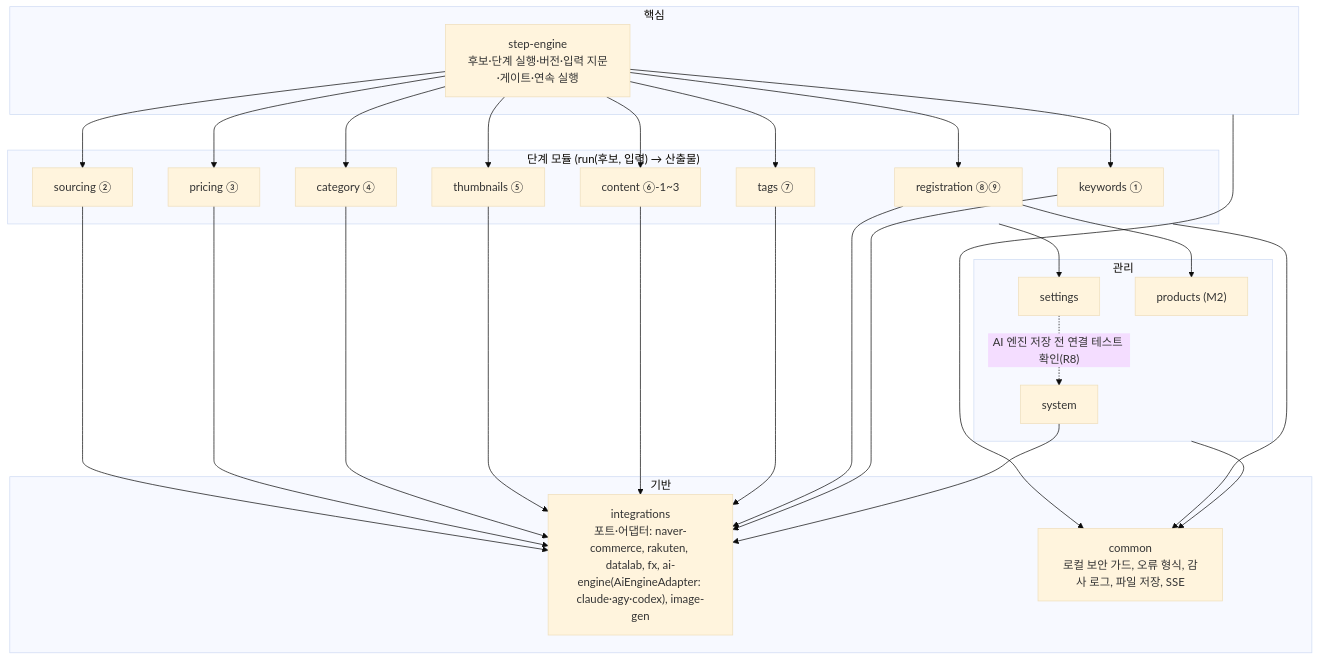
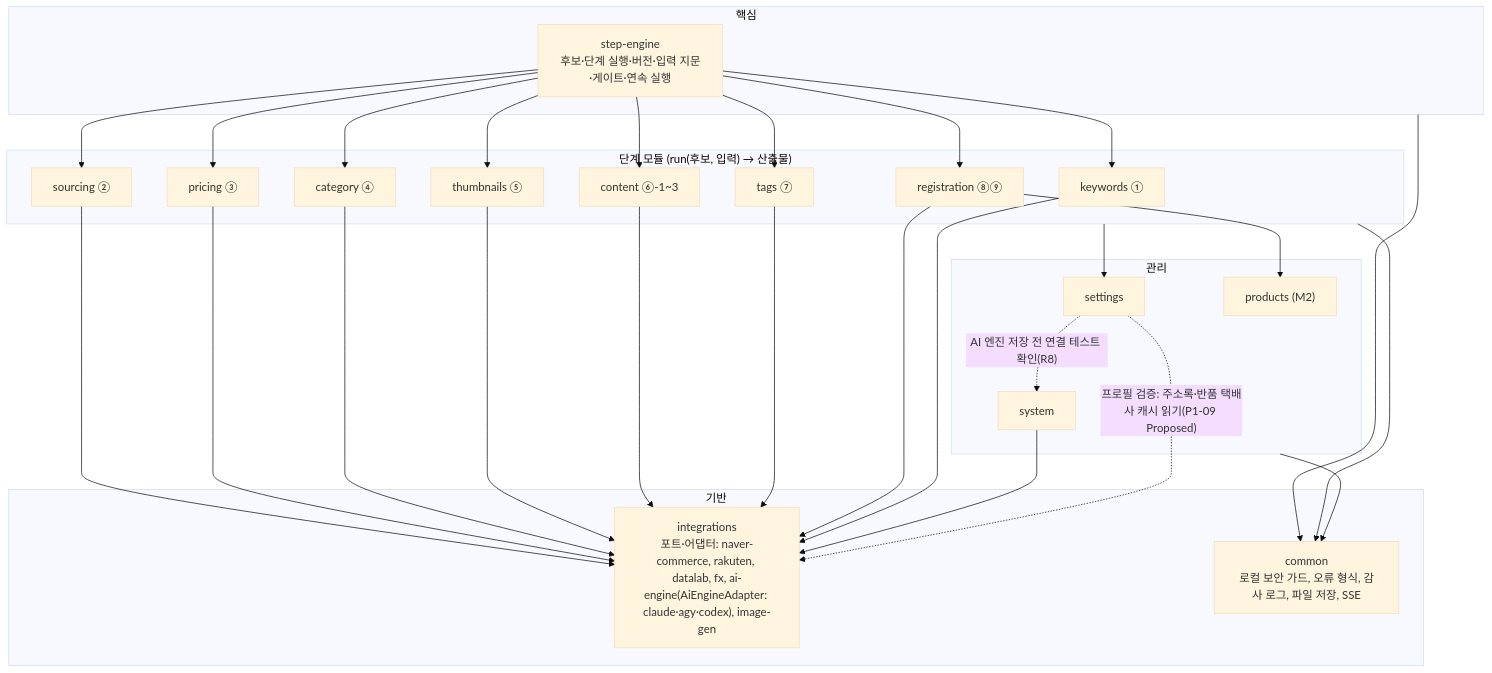
The third of 3 diagrams in docs/dev/03_아키텍처/03-2_C4다이어그램.md (gogipa/authStore), drawn with Mermaid (base theme) before and after one commit. The commit also changed other lines of this file and 67 other files, not shown here.

First line of the commit message:
feat(p1-09): 구매대행 프로필(출고지·반품지·택배사·고정값)

````diff
--- a/docs/dev/03_아키텍처/03-2_C4다이어그램.md
+++ b/docs/dev/03_아키텍처/03-2_C4다이어그램.md
@@ -52,32 +52,33 @@
 ```mermaid
 flowchart TB
   subgraph core["핵심"]
     engine["step-engine<br/>후보·단계 실행·버전·입력 지문·게이트·연속 실행"]
   end
   subgraph steps["단계 모듈 (run(후보, 입력) → 산출물)"]
     kw["keywords ①"]
     so["sourcing ②"]
     pj["pricing ③"]
     ca["category ④"]
     th["thumbnails ⑤"]
     ct["content ⑥-1~3"]
     tg["tags ⑦"]
     rg["registration ⑧⑨"]
   end
   subgraph mgmt["관리"]
     pm["products (M2)"]
     st["settings"]
     sy["system"]
   end
   subgraph infra["기반"]
     integ["integrations<br/>포트·어댑터: naver-commerce, rakuten, datalab, fx, ai-engine(AiEngineAdapter: claude·agy·codex), image-gen"]
     common["common<br/>로컬 보안 가드, 오류 형식, 감사 로그, 파일 저장, SSE"]
   end
   engine --> kw & so & pj & ca & th & ct & tg & rg
   so & pj & ca & th & ct & tg & rg & kw --> integ
   steps --> st
   rg --> pm
   sy --> integ
   st -.->|"AI 엔진 저장 전 연결 테스트 확인(R8)"| sy
+  st -.->|"프로필 검증: 주소록·반품 택배사 캐시 읽기(P1-09 Proposed)"| integ
   core & steps & mgmt --> common
 ```
````
